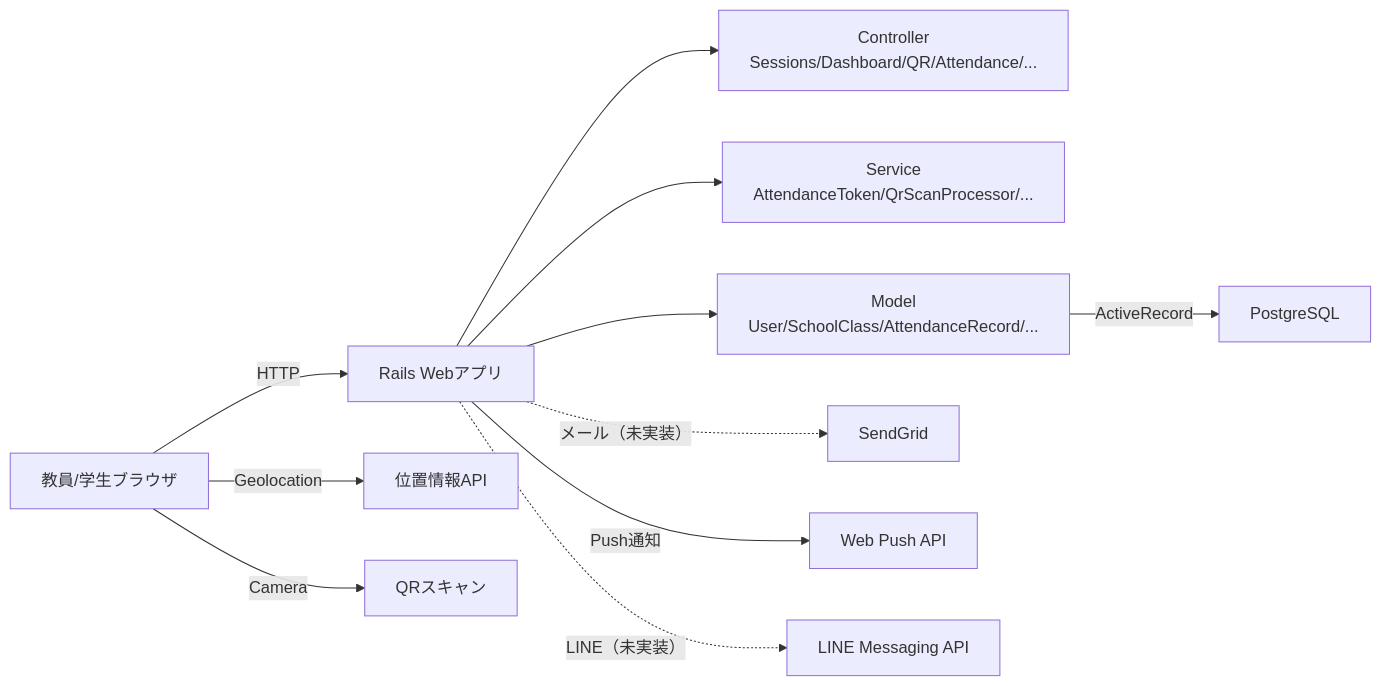
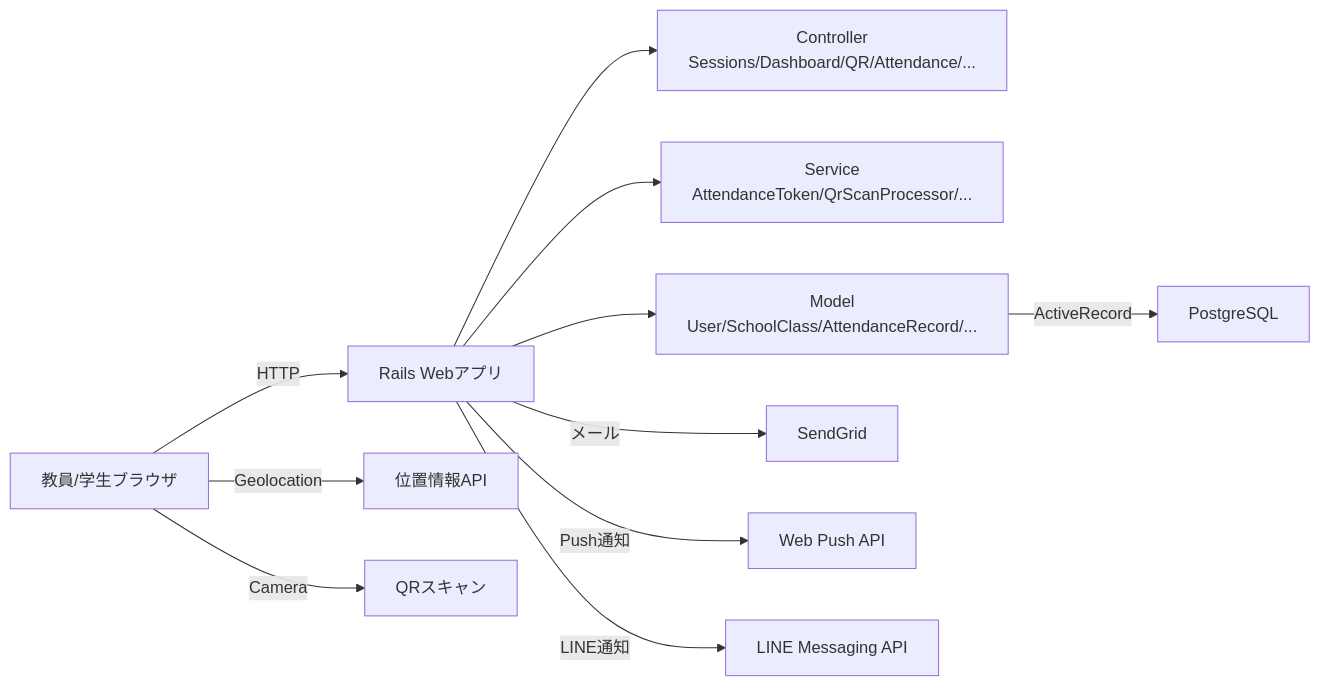
One commit to syusyusyusyu/Attendance changed the first of 12 diagrams in README.md. Above: the diagram before and after it, drawn with Mermaid. The commit also changed other lines of this file and 2 other files, not shown here.

````diff
--- a/README.md
+++ b/README.md
@@ -303,13 +303,13 @@
 ```mermaid
 flowchart LR
   User[教員/学生ブラウザ] -->|HTTP| Rails["Rails Webアプリ"]
   Rails --> Controller["Controller<br/>Sessions/Dashboard/QR/Attendance/..."]
   Rails --> Service["Service<br/>AttendanceToken/QrScanProcessor/..."]
   Rails --> Model["Model<br/>User/SchoolClass/AttendanceRecord/..."]
   Model -->|ActiveRecord| DB["PostgreSQL"]
   User -->|Geolocation| GPS["位置情報API"]
   User -->|Camera| QR["QRスキャン"]
-  Rails -.->|メール（未実装）| SMTP["SendGrid"]
+  Rails -->|メール| SMTP["SendGrid"]
   Rails -->|Push通知| WebPush["Web Push API"]
-  Rails -.->|LINE（未実装）| LINE["LINE Messaging API"]
+  Rails -->|LINE通知| LINE["LINE Messaging API"]
 ```
````
